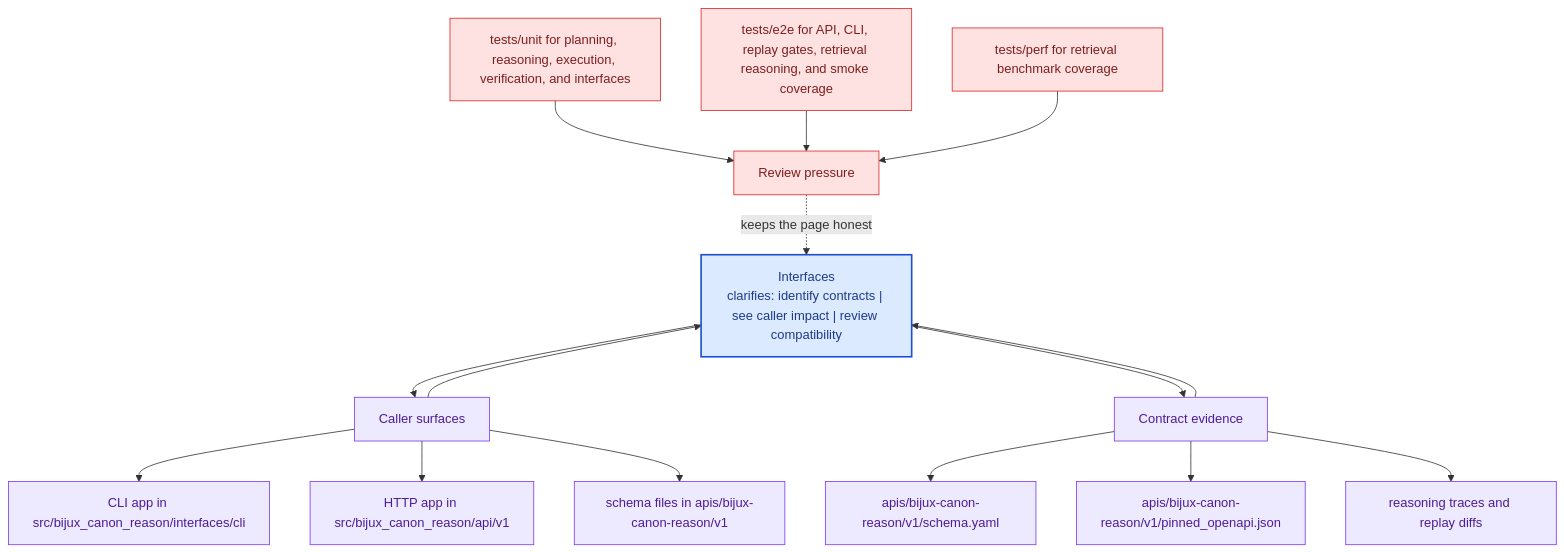
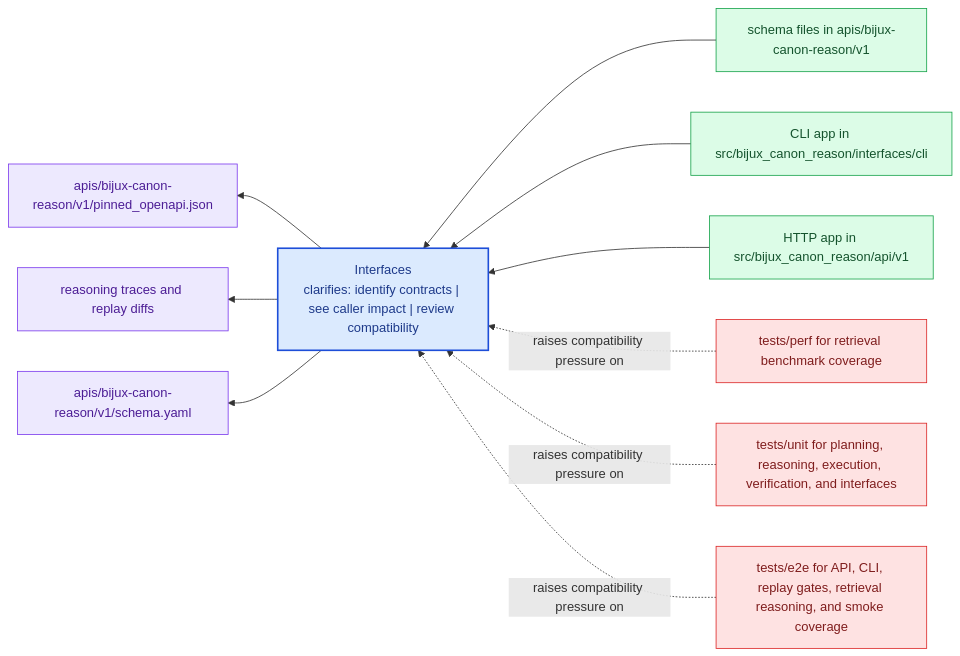
One commit to bijux/bijux-canon changed the diagram in docs/bijux-canon-reason/interfaces/index.md. Above: the diagram before and after it, drawn with Mermaid. The commit also changed other lines of this file and 281 other files, not shown here.

Commit message:
docs(diagrams): replace repeated mermaid scaffolds with page-specific summaries

````diff
--- a/docs/bijux-canon-reason/interfaces/index.md
+++ b/docs/bijux-canon-reason/interfaces/index.md
@@ -65,41 +20,31 @@
 ```mermaid
-flowchart TB
-    promise["Interfaces<br/>clarifies: identify contracts | see caller impact | review compatibility"]
-    classDef promise fill:#dbeafe,stroke:#1d4ed8,color:#1e3a8a,stroke-width:2px;
-    classDef driver fill:#dcfce7,stroke:#16a34a,color:#14532d;
-    classDef constraint fill:#fee2e2,stroke:#dc2626,color:#7f1d1d;
-    classDef ground fill:#ede9fe,stroke:#7c3aed,color:#4c1d95;
-    focus1["Caller surfaces"]
-    focus1 --> promise
-    promise --> focus1
-    focus1_1["CLI app in src/bijux_canon_reason/interfaces/cli"]
-    focus1 --> focus1_1
-    focus1_2["HTTP app in src/bijux_canon_reason/api/v1"]
-    focus1 --> focus1_2
-    focus1_3["schema files in apis/bijux-canon-reason/v1"]
-    focus1 --> focus1_3
-    class focus1 ground;
-    class focus1_1,focus1_2,focus1_3 ground;
-    focus2["Contract evidence"]
-    focus2 --> promise
-    promise --> focus2
-    focus2_1["apis/bijux-canon-reason/v1/schema.yaml"]
-    focus2 --> focus2_1
-    focus2_2["apis/bijux-canon-reason/v1/pinned_openapi.json"]
-    focus2 --> focus2_2
-    focus2_3["reasoning traces and replay diffs"]
-    focus2 --> focus2_3
-    class focus2 ground;
-    class focus2_1,focus2_2,focus2_3 ground;
-    focus3["Review pressure"]
-    focus3 -.keeps the page honest.-> promise
-    focus3_1["tests/unit for planning, reasoning, execution, verification, and interfaces"]
-    focus3_1 --> focus3
-    focus3_2["tests/e2e for API, CLI, replay gates, retrieval reasoning, and smoke coverage"]
-    focus3_2 --> focus3
-    focus3_3["tests/perf for retrieval benchmark coverage"]
-    focus3_3 --> focus3
-    class focus3 constraint;
-    class focus3_1,focus3_2,focus3_3 constraint;
-    class promise promise;
+flowchart RL
+    page["Interfaces<br/>clarifies: identify contracts | see caller impact | review compatibility"]
+    classDef page fill:#dbeafe,stroke:#1d4ed8,color:#1e3a8a,stroke-width:2px;
+    classDef positive fill:#dcfce7,stroke:#16a34a,color:#14532d;
+    classDef caution fill:#fee2e2,stroke:#dc2626,color:#7f1d1d;
+    classDef anchor fill:#ede9fe,stroke:#7c3aed,color:#4c1d95;
+    classDef action fill:#fef3c7,stroke:#d97706,color:#7c2d12;
+    surface1["schema files in apis/bijux-canon-reason/v1"]
+    surface1 --> page
+    surface2["CLI app in src/bijux_canon_reason/interfaces/cli"]
+    surface2 --> page
+    surface3["HTTP app in src/bijux_canon_reason/api/v1"]
+    surface3 --> page
+    proof1["apis/bijux-canon-reason/v1/pinned_openapi.json"]
+    page --> proof1
+    proof2["reasoning traces and replay diffs"]
+    page --> proof2
+    proof3["apis/bijux-canon-reason/v1/schema.yaml"]
+    page --> proof3
+    review1["tests/perf for retrieval benchmark coverage"]
+    review1 -.raises compatibility pressure on.-> page
+    review2["tests/unit for planning, reasoning, execution, verification, and interfaces"]
+    review2 -.raises compatibility pressure on.-> page
+    review3["tests/e2e for API, CLI, replay gates, retrieval reasoning, and smoke coverage"]
+    review3 -.raises compatibility pressure on.-> page
+    class page page;
+    class surface1,surface2,surface3 positive;
+    class proof1,proof2,proof3 anchor;
+    class review1,review2,review3 caution;
 ```
````
